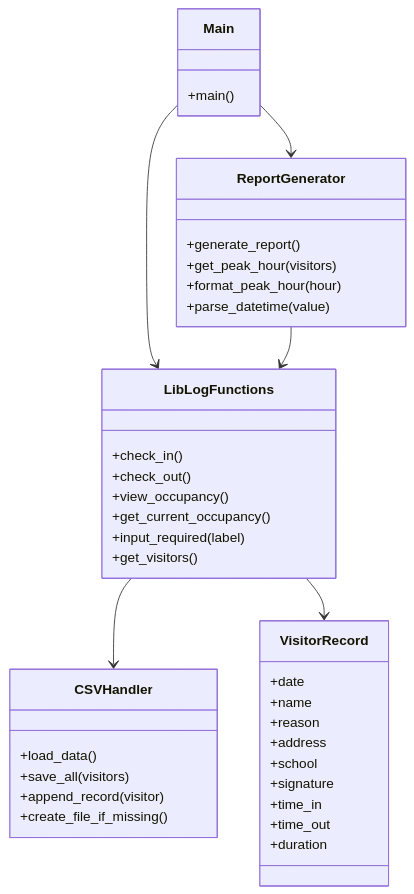
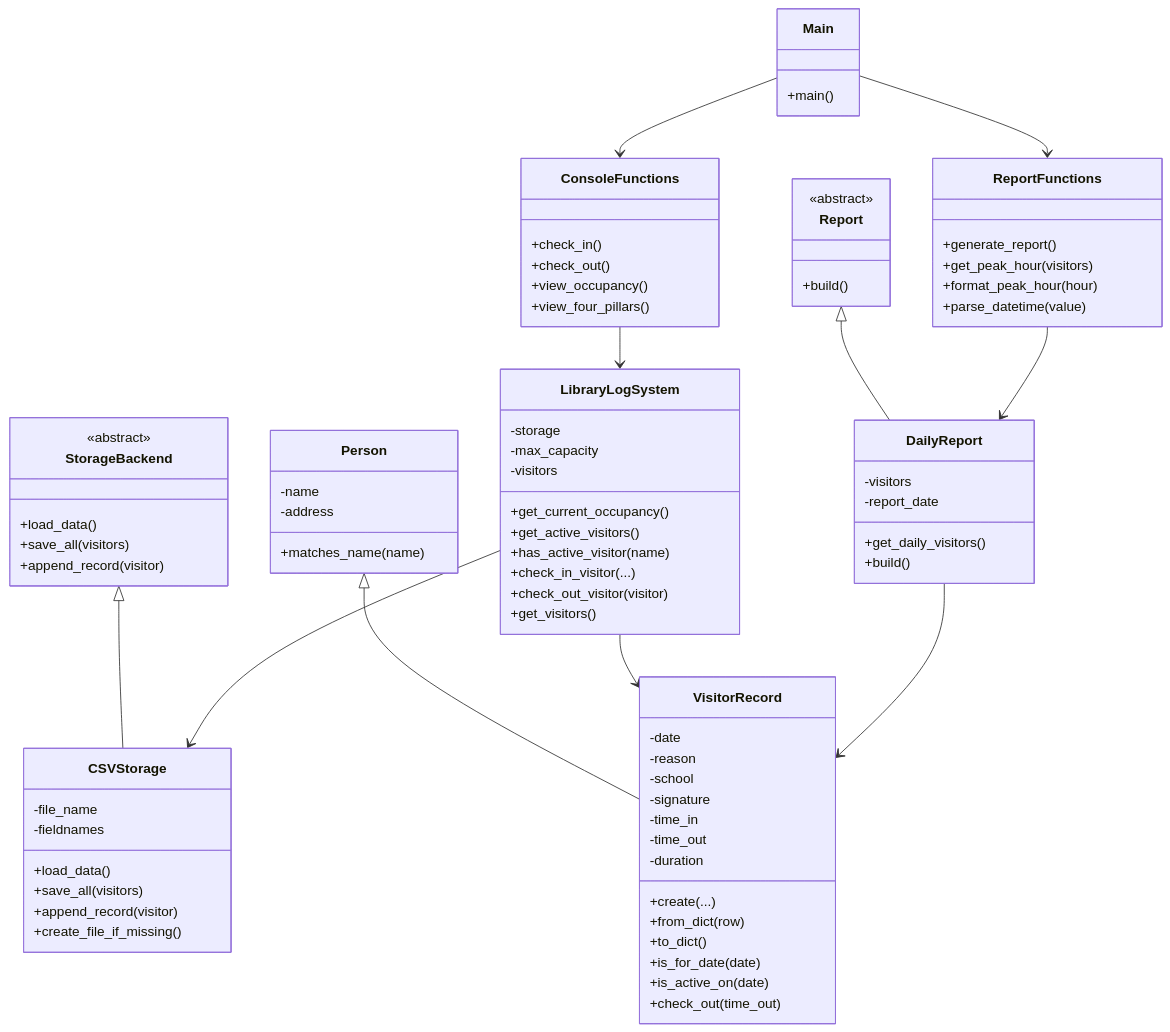
Before and after one commit to KekenGit/LibLogConsole: the second of 5 diagrams in DOCUMENTATION.md, drawn with Mermaid. The commit also changed other lines of this file, not shown here.

````diff
--- a/DOCUMENTATION.md
+++ b/DOCUMENTATION.md
@@ -135,44 +152,90 @@
         +main()
     }
 
-    class LibLogFunctions {
-        +check_in()
-        +check_out()
-        +view_occupancy()
+    class Person {
+        -name
+        -address
+        +matches_name(name)
+    }
+
+    class VisitorRecord {
+        -date
+        -reason
+        -school
+        -signature
+        -time_in
+        -time_out
+        -duration
+        +create(...)
+        +from_dict(row)
+        +to_dict()
+        +is_for_date(date)
+        +is_active_on(date)
+        +check_out(time_out)
+    }
+
+    class LibraryLogSystem {
+        -storage
+        -max_capacity
+        -visitors
         +get_current_occupancy()
-        +input_required(label)
+        +get_active_visitors()
+        +has_active_visitor(name)
+        +check_in_visitor(...)
+        +check_out_visitor(visitor)
         +get_visitors()
     }
 
-    class CSVHandler {
+    class StorageBackend {
+        <<abstract>>
+        +load_data()
+        +save_all(visitors)
+        +append_record(visitor)
+    }
+
+    class CSVStorage {
+        -file_name
+        -fieldnames
         +load_data()
         +save_all(visitors)
         +append_record(visitor)
         +create_file_if_missing()
     }
 
-    class ReportGenerator {
+    class Report {
+        <<abstract>>
+        +build()
+    }
+
+    class DailyReport {
+        -visitors
+        -report_date
+        +get_daily_visitors()
+        +build()
+    }
+
+    class ConsoleFunctions {
+        +check_in()
+        +check_out()
+        +view_occupancy()
+        +view_four_pillars()
+    }
+
+    class ReportFunctions {
         +generate_report()
         +get_peak_hour(visitors)
         +format_peak_hour(hour)
         +parse_datetime(value)
     }
 
-    class VisitorRecord {
-        +date
-        +name
-        +reason
-        +address
-        +school
-        +signature
-        +time_in
-        +time_out
-        +duration
-    }
-
-    Main --> LibLogFunctions
-    Main --> ReportGenerator
-    LibLogFunctions --> CSVHandler
-    LibLogFunctions --> VisitorRecord
-    ReportGenerator --> LibLogFunctions
+    Person <|-- VisitorRecord
+    StorageBackend <|-- CSVStorage
+    Report <|-- DailyReport
+    Main --> ConsoleFunctions
+    Main --> ReportFunctions
+    ConsoleFunctions --> LibraryLogSystem
+    LibraryLogSystem --> CSVStorage
+    LibraryLogSystem --> VisitorRecord
+    ReportFunctions --> DailyReport
+    DailyReport --> VisitorRecord
 ```
````
